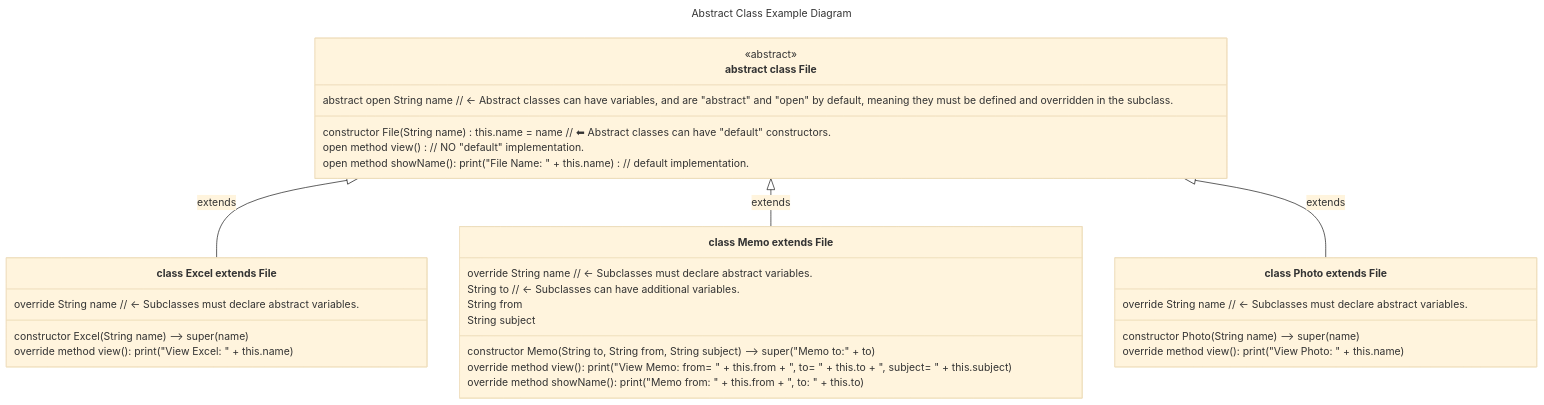
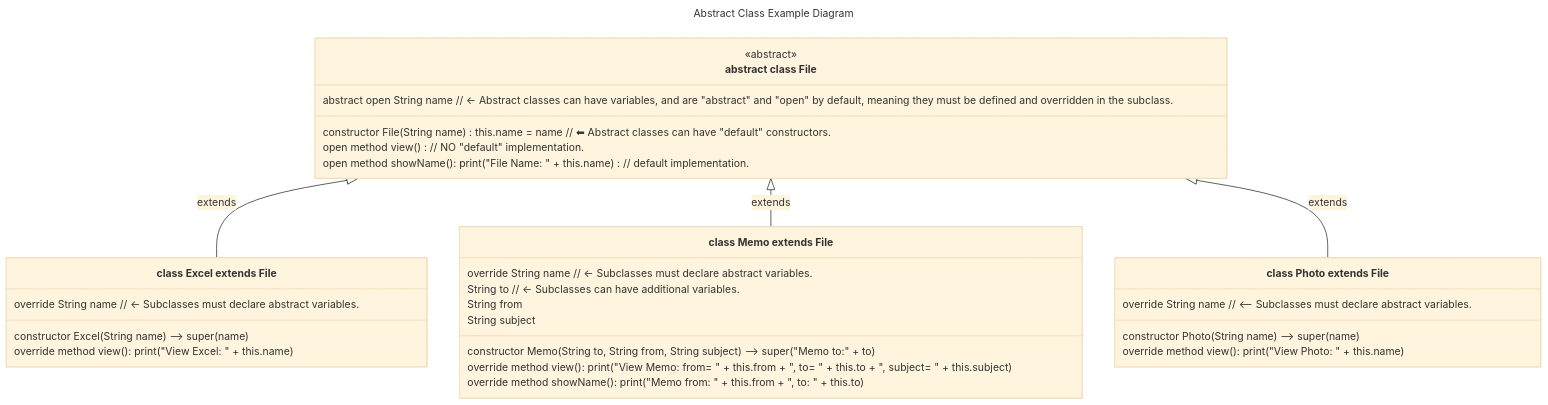
The sixth of 8 diagrams in 09-ClassOrientedProgramming.md (realityexpander/How_to_program_from_ground_up), drawn with Mermaid (base theme) before and after one commit.

Commit message:
improve code examples

````diff
--- a/09-ClassOrientedProgramming.md
+++ b/09-ClassOrientedProgramming.md
@@ -693,47 +693,47 @@
     ```mermaid
     ---
     title: Abstract Class Example Diagram
       
     ---
     classDiagram
     direction TB
     File <|-- Excel : extends
     File <|-- Memo : extends
     File <|-- Photo : extends
       
     class File["abstract class File"] {
        abstract open String name  // <- Abstract classes can have variables, and are "abstract" and "open" by default, meaning they must be defined and overridden in the subclass.
        
        constructor File(String name) this.name = name // ⬅︎ Abstract classes can have "default" constructors.
         
        open method view() // NO "default" implementation.
        open method showName(): print("File Name: " + this.name) // default implementation.
     }
     <<abstract>> File 
       
     class Excel["class Excel extends File"] {
        override String name // <- Subclasses must declare abstract variables.
     
        constructor Excel(String name) --> super(name)
     
        override method view(): print("View Excel: " + this.name) 
     }
     class Memo["class Memo extends File"] {
        override String name // <- Subclasses must declare abstract variables.
        String to  // <- Subclasses can have additional variables.
        String from
        String subject
     
        constructor Memo(String to, String from, String subject) --> super("Memo to:" + to)
        
        override method view(): print("View Memo: from= " + this.from + ", to= " + this.to + ", subject= " + this.subject) 
        override method showName(): print("Memo from: " + this.from + ", to: " + this.to)
     }
     class Photo["class Photo extends File"] {
-       override String name // <- Subclasses must declare abstract variables.
+       override String name // <-- Subclasses must declare abstract variables.
     
          constructor Photo(String name) --> super(name)
        
        override method view(): print("View Photo: " + this.name)
     }
     ```
````
